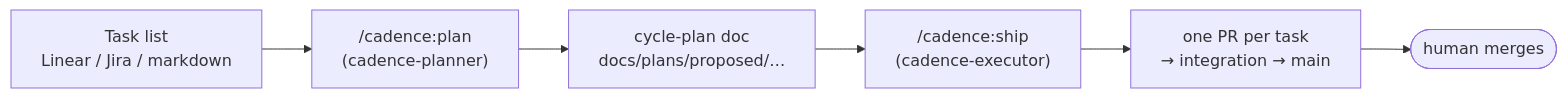
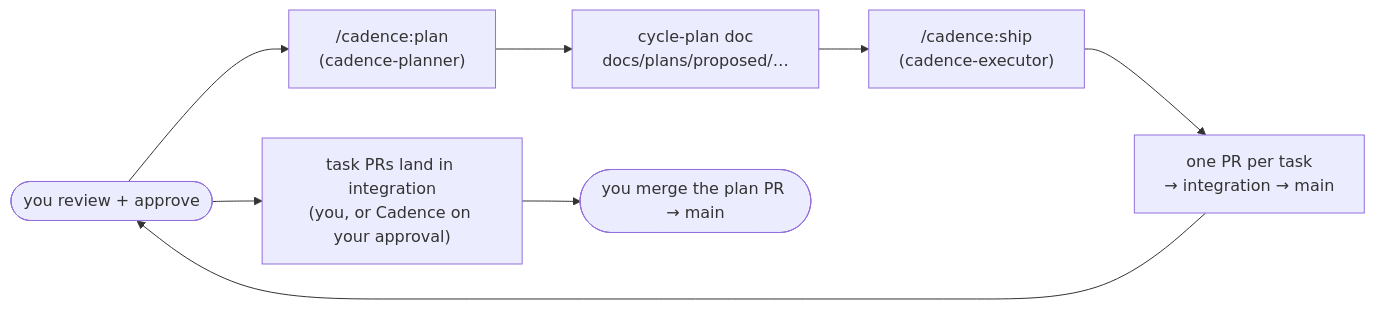
Before and after one commit to hugo-hsbtech/hsb-plugin-marketplace: the first of 6 diagrams in plugins/cadence/README.md, drawn with Mermaid. The commit also changed other lines of this file and 8 other files, not shown here.

First line of the commit message:
feat(cadence): unfreeze multi-blocker tasks, make pending decisions answerable, own the draft/merge call (v3.3.0)

````diff
--- a/plugins/cadence/README.md
+++ b/plugins/cadence/README.md
@@ -66,8 +72,10 @@
 ```mermaid
 flowchart LR
   A["Task list<br/>Linear / Jira / markdown"] --> P["/cadence:plan<br/>(cadence-planner)"]
   P --> D["cycle-plan doc<br/>docs/plans/proposed/…"]
   D --> S["/cadence:ship<br/>(cadence-executor)"]
   S --> R["one PR per task<br/>→ integration → main"]
-  R --> H(["human merges"])
+  R --> A(["you review + approve"])
+  A --> M["task PRs land in integration<br/>(you, or Cadence on your approval)"]
+  M --> H(["you merge the plan PR → main"])
 ```
````
